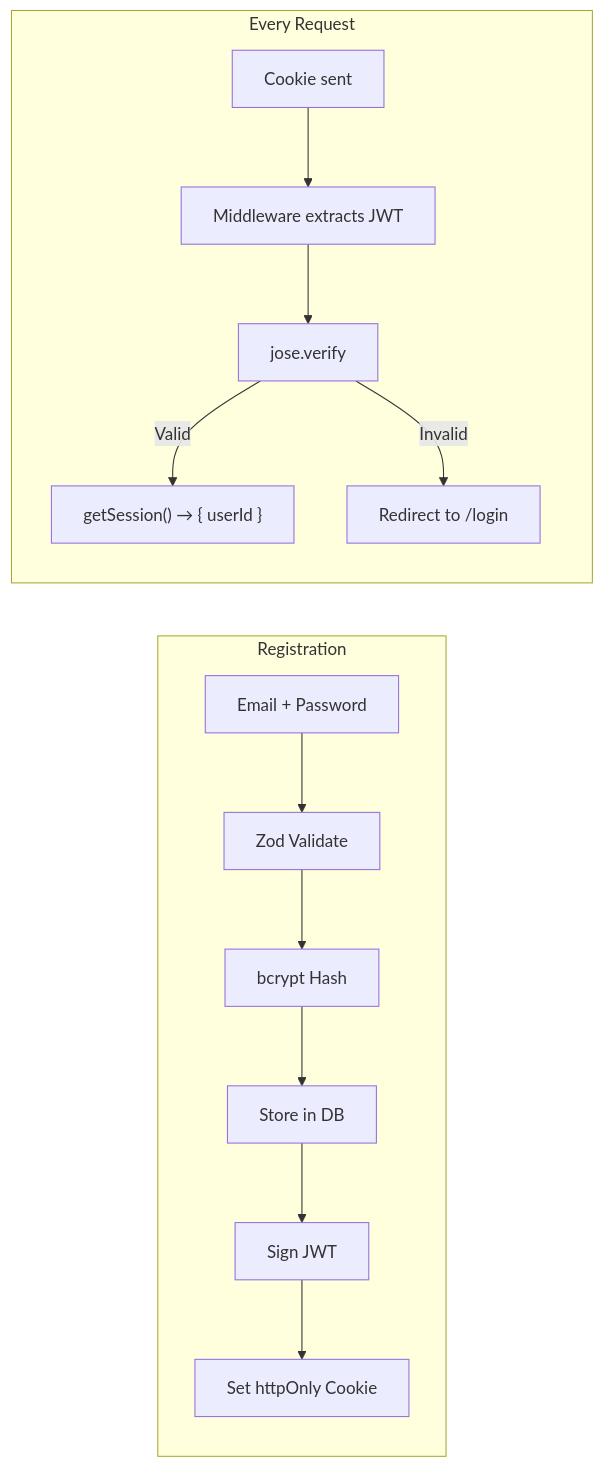
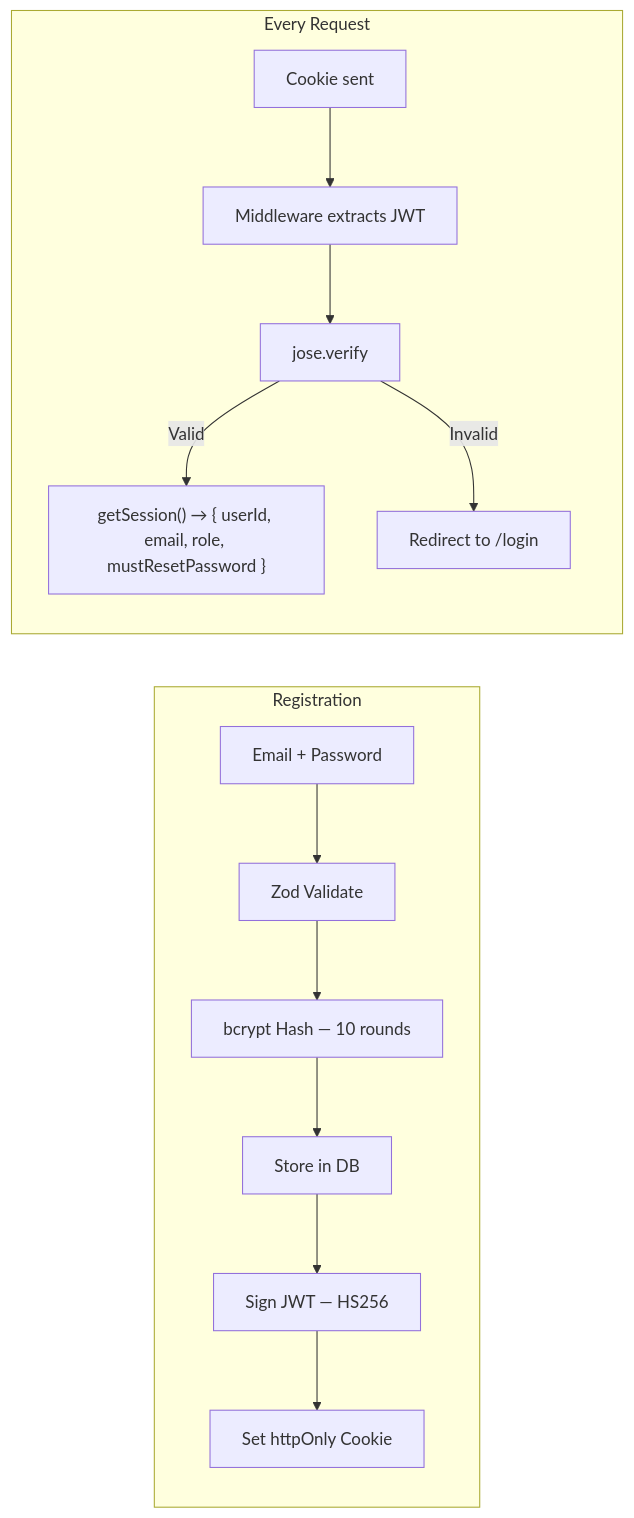
One commit to kpndevrootentri/dropdeploy changed the tenth of 10 diagrams in docs/HOW-IT-WORKS.md. Above: the diagram before and after it, drawn with Mermaid. The commit also changed other lines of this file and 23 other files, not shown here.

````diff
--- a/docs/HOW-IT-WORKS.md
+++ b/docs/HOW-IT-WORKS.md
@@ -425,17 +530,17 @@
 ```mermaid
 flowchart LR
     subgraph Registration
         R1[Email + Password] --> R2[Zod Validate]
-        R2 --> R3[bcrypt Hash]
+        R2 --> R3[bcrypt Hash — 10 rounds]
         R3 --> R4[Store in DB]
-        R4 --> R5[Sign JWT]
+        R4 --> R5[Sign JWT — HS256]
         R5 --> R6[Set httpOnly Cookie]
     end
 
     subgraph "Every Request"
         E1[Cookie sent] --> E2[Middleware extracts JWT]
         E2 --> E3[jose.verify]
-        E3 -->|Valid| E4["getSession() → { userId }"]
+        E3 -->|Valid| E4["getSession() → { userId, email, role, mustResetPassword }"]
         E3 -->|Invalid| E5[Redirect to /login]
     end
 ```
````
